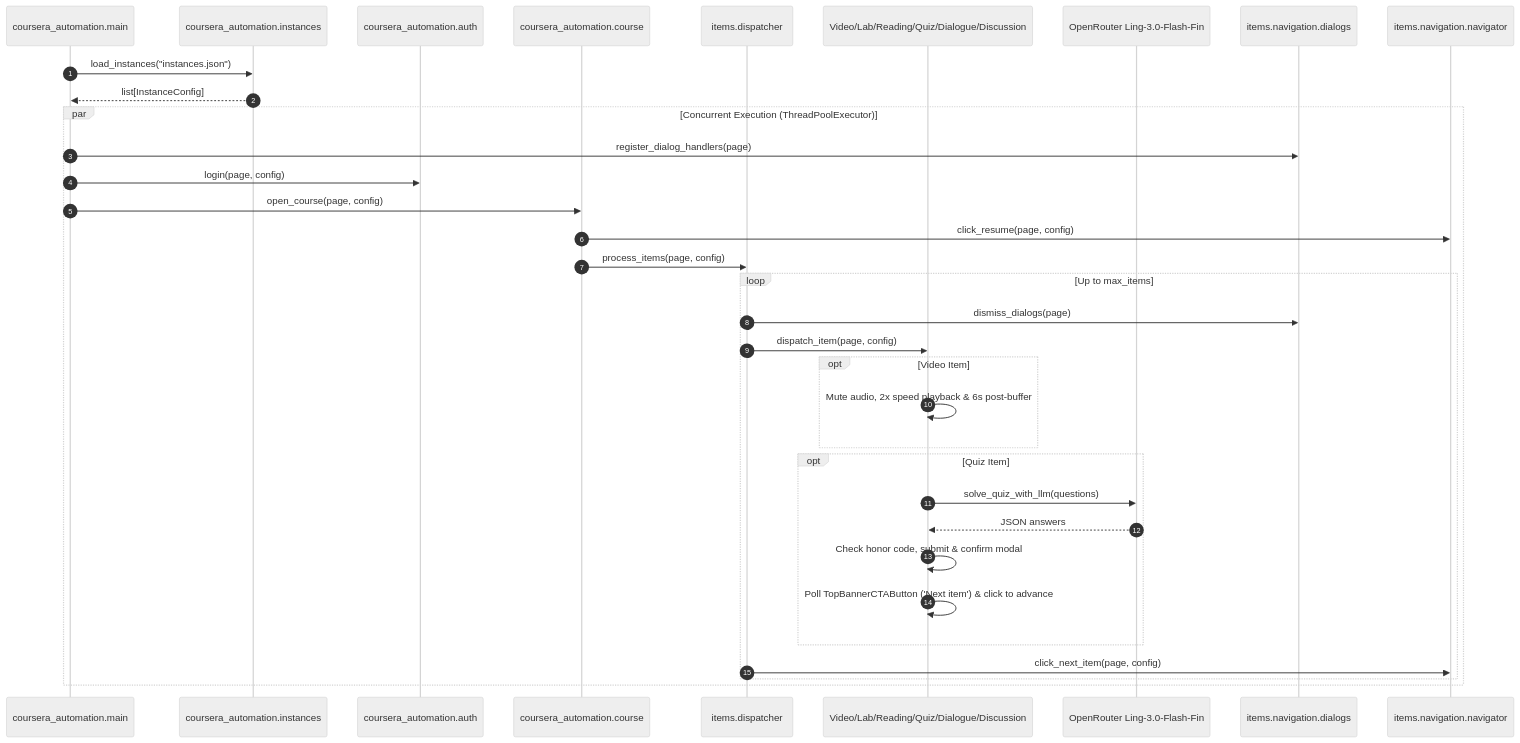
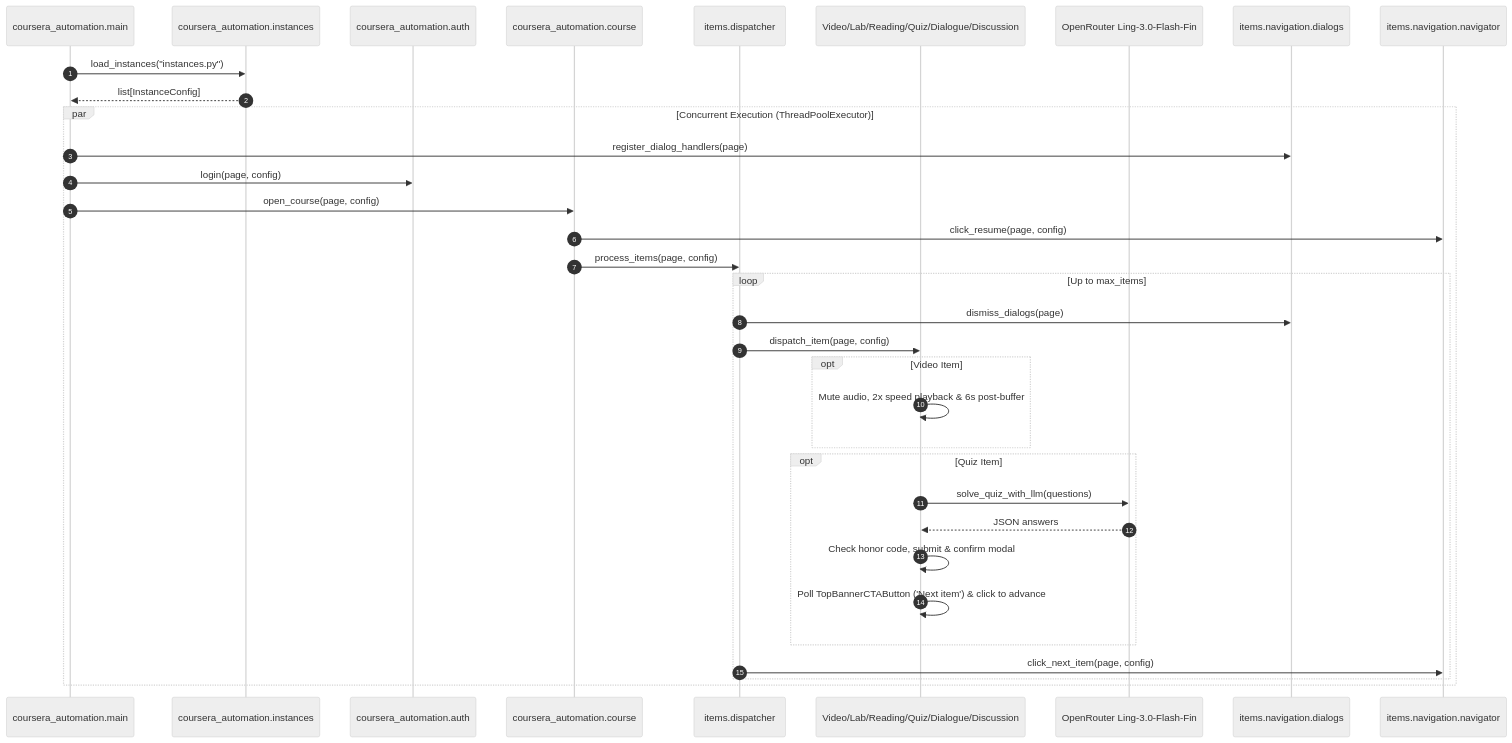
One commit to dheereshag/coursera changed the diagram in docs/ARCHITECTURE.md. Above: the diagram before and after it, drawn with Mermaid (neutral theme). The commit also changed other lines of this file and 9 other files, not shown here.

Commit message:
refactor: replace instances.json with instances.py for multi-instance configuration loading

````diff
--- a/docs/ARCHITECTURE.md
+++ b/docs/ARCHITECTURE.md
@@ -7,38 +7,38 @@
 ```mermaid
 sequenceDiagram
     autonumber
     participant Main as coursera_automation.main
     participant Inst as coursera_automation.instances
     participant Auth as coursera_automation.auth
     participant Course as coursera_automation.course
     participant Disp as items.dispatcher
     participant Item as Video/Lab/Reading/Quiz/Dialogue/Discussion
     participant LLM as OpenRouter Ling-3.0-Flash-Fin
     participant Dial as items.navigation.dialogs
     participant Nav as items.navigation.navigator
 
-    Main->>Inst: load_instances("instances.json")
+    Main->>Inst: load_instances("instances.py")
     Inst-->>Main: list[InstanceConfig]
     par Concurrent Execution (ThreadPoolExecutor)
         Main->>Dial: register_dialog_handlers(page)
         Main->>Auth: login(page, config)
         Main->>Course: open_course(page, config)
         Course->>Nav: click_resume(page, config)
         Course->>Disp: process_items(page, config)
         loop Up to max_items
             Disp->>Dial: dismiss_dialogs(page)
             Disp->>Item: dispatch_item(page, config)
             opt Video Item
                 Item->>Item: Mute audio, 2x speed playback & 6s post-buffer
             end
             opt Quiz Item
                 Item->>LLM: solve_quiz_with_llm(questions)
                 LLM-->>Item: JSON answers
                 Item->>Item: Check honor code, submit & confirm modal
                 Item->>Item: Poll TopBannerCTAButton ('Next item') & click to advance
             end
 
             Disp->>Nav: click_next_item(page, config)
         end
     end
 ```
````
